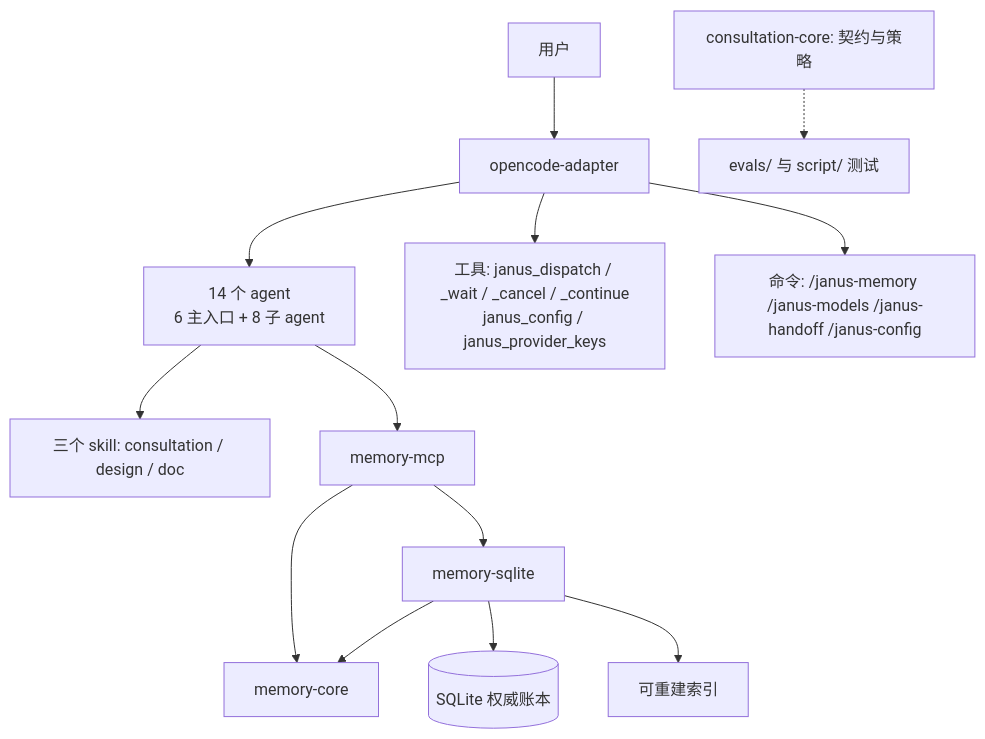
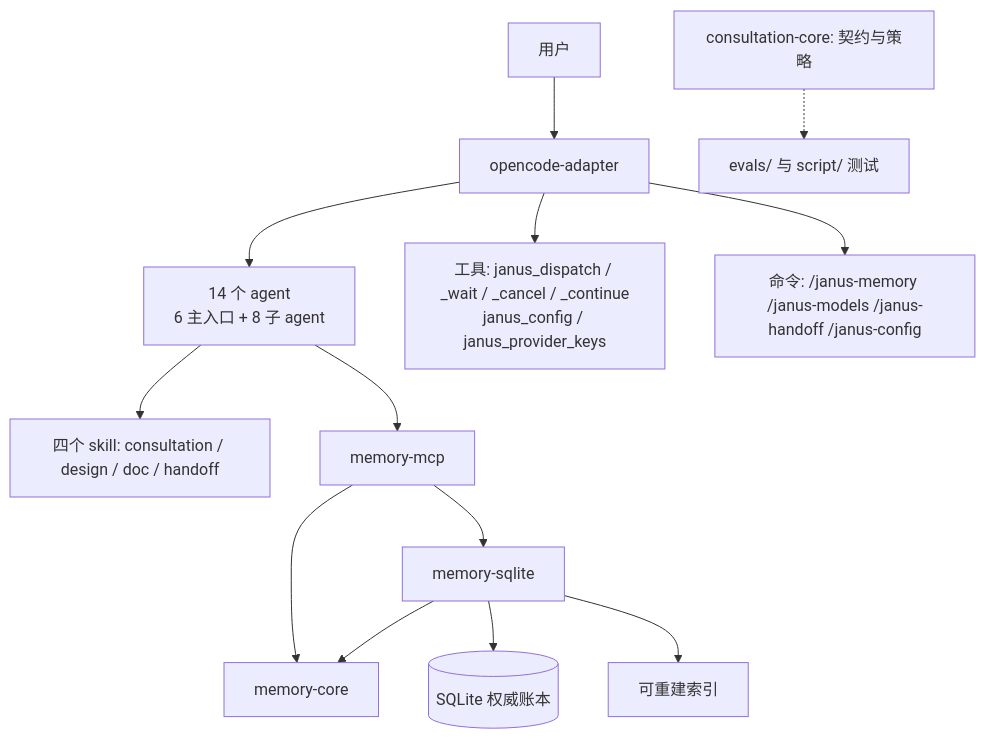
One commit to Arrowyi/janus-agent-plugin changed the first of 2 diagrams in docs/architecture.md. Above: the diagram before and after it, drawn with Mermaid. The commit also changed other lines of this file and 46 other files, not shown here.

Commit message:
Add the stateless handoff skill and remove legacy handoff module and lifecycle rules

````diff
--- a/docs/architecture.md
+++ b/docs/architecture.md
@@ -39,15 +39,15 @@
 ```mermaid
 flowchart TB
     U[用户] --> OA["opencode-adapter"]
     OA --> AG["14 个 agent<br/>6 主入口 + 8 子 agent"]
     OA --> TL["工具: janus_dispatch / _wait / _cancel / _continue<br/>janus_config / janus_provider_keys"]
     OA --> CMD["命令: /janus-memory /janus-models /janus-handoff /janus-config"]
-    AG --> SK["三个 skill: consultation / design / doc"]
+    AG --> SK["四个 skill: consultation / design / doc / handoff"]
     AG --> MCP["memory-mcp"]
     MCP --> SQ["memory-sqlite"]
     MCP --> MC["memory-core"]
     SQ --> MC
     SQ --> DB[(SQLite 权威账本)]
     SQ --> IDX[可重建索引]
     CC["consultation-core: 契约与策略"] -.-> T["evals/ 与 script/ 测试"]
 ```
````
